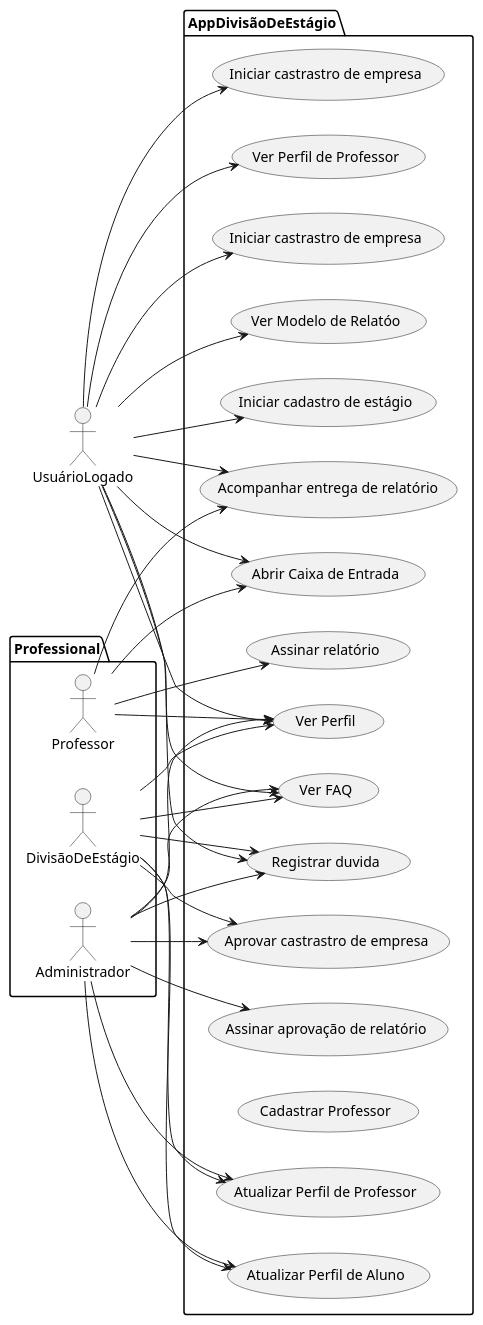
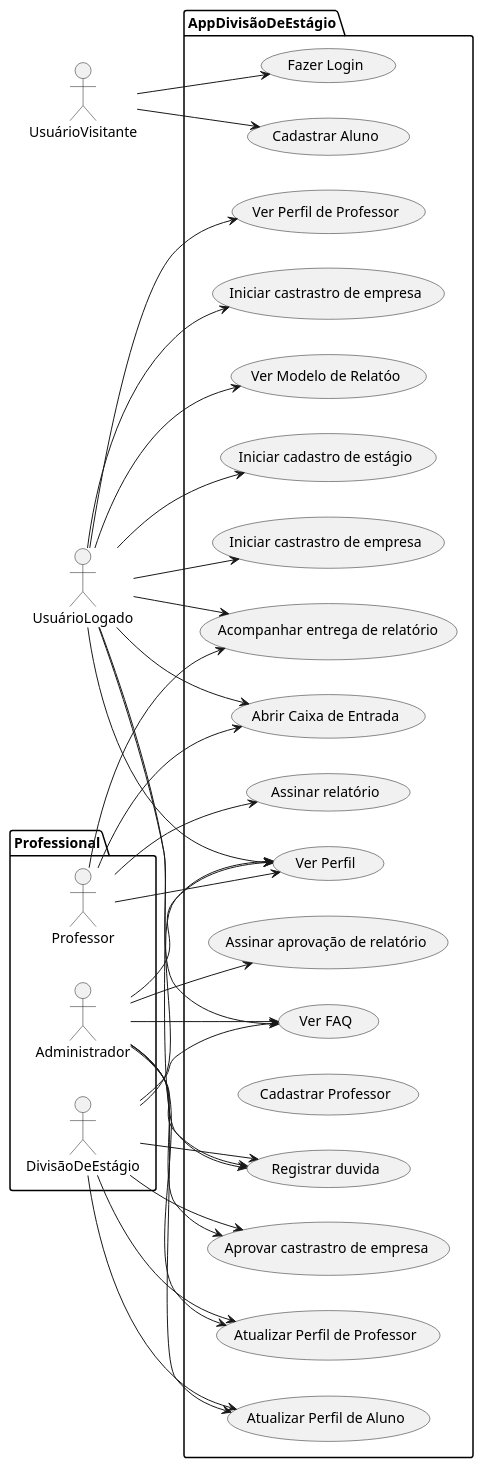
The diagram in Casos de Uso/UseCases.plantuml (cabare-do-mel/divestagio_poli), drawn with PlantUML before and after one commit. The commit also changed 2 other files, not shown here.

Commit message:
adicionado ator "Usuário Visitante"

```diff
--- a/Casos de Uso/UseCases.plantuml
+++ b/Casos de Uso/UseCases.plantuml
@@ -1,58 +1,65 @@
 @startuml
 left to right direction
+actor UsuárioVisitante as uv
 actor UsuárioLogado as ul
 package Professional {
   actor Professor as p
   actor Administrador as a
   actor DivisãoDeEstágio as de
 }
 package AppDivisãoDeEstágio {
   usecase "Ver Perfil" as UC1
   usecase "Abrir Caixa de Entrada" as UC2
   usecase "Ver Modelo de Relatóo" as UC3
   usecase "Iniciar cadastro de estágio" as UC4
   usecase "Iniciar castrastro de empresa" as UC5
   usecase "Ver Perfil de Professor" as UC6
   usecase "Acompanhar entrega de relatório" as UC7
   usecase "Assinar relatório" as UC8
   usecase "Iniciar castrastro de empresa" as UC9
   usecase "Aprovar castrastro de empresa" as UC10
   usecase "Ver FAQ" as UC11
   usecase "Registrar duvida" as UC12
   usecase "Responder dúvida" as UC13
   usecase "Assinar aprovação de relatório" as UC13
   usecase "Cadastrar Professor" as UC14
   usecase "Atualizar Perfil de Aluno" as UC15
   usecase "Atualizar Perfil de Professor" as UC16
+  usecase "Fazer Login" as UC17
+  usecase "Cadastrar Aluno" as UC18
 }
+
+uv --> UC17
+uv --> UC18
+
 ul --> UC1
 ul --> UC2
 ul --> UC3
 ul --> UC4
 ul --> UC5
 ul --> UC6
 ul --> UC7
 ul --> UC9
 ul --> UC11
 ul --> UC12
 
 p --> UC1
 p --> UC2
 p --> UC7
 p --> UC8
 
 de --> UC1
 de --> UC10
 de --> UC11
 de --> UC12
 de --> UC15
 de --> UC16
 
 a --> UC1
 a --> UC10
 a --> UC11
 a --> UC12
 a --> UC13
 a --> UC15
 a --> UC16
 @enduml
```
